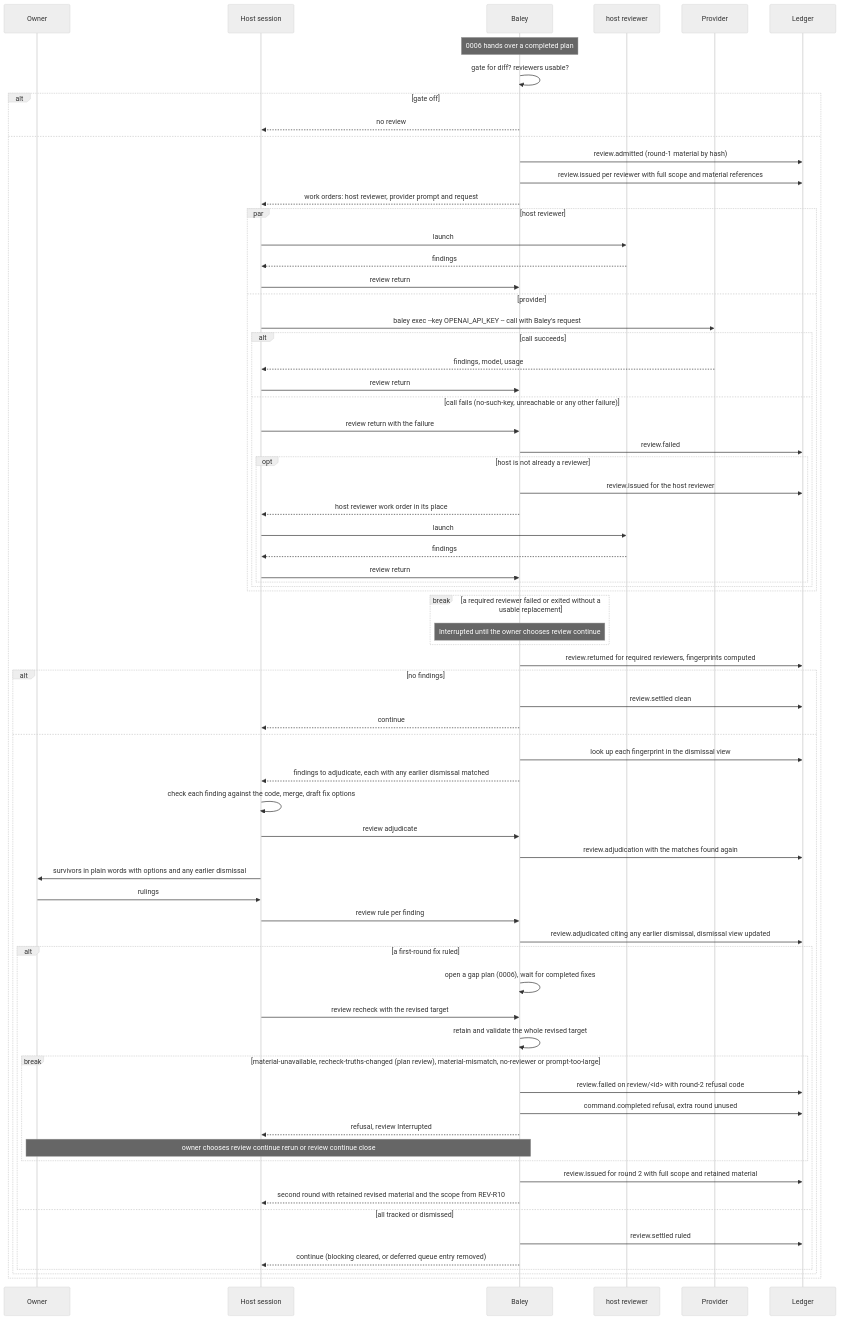
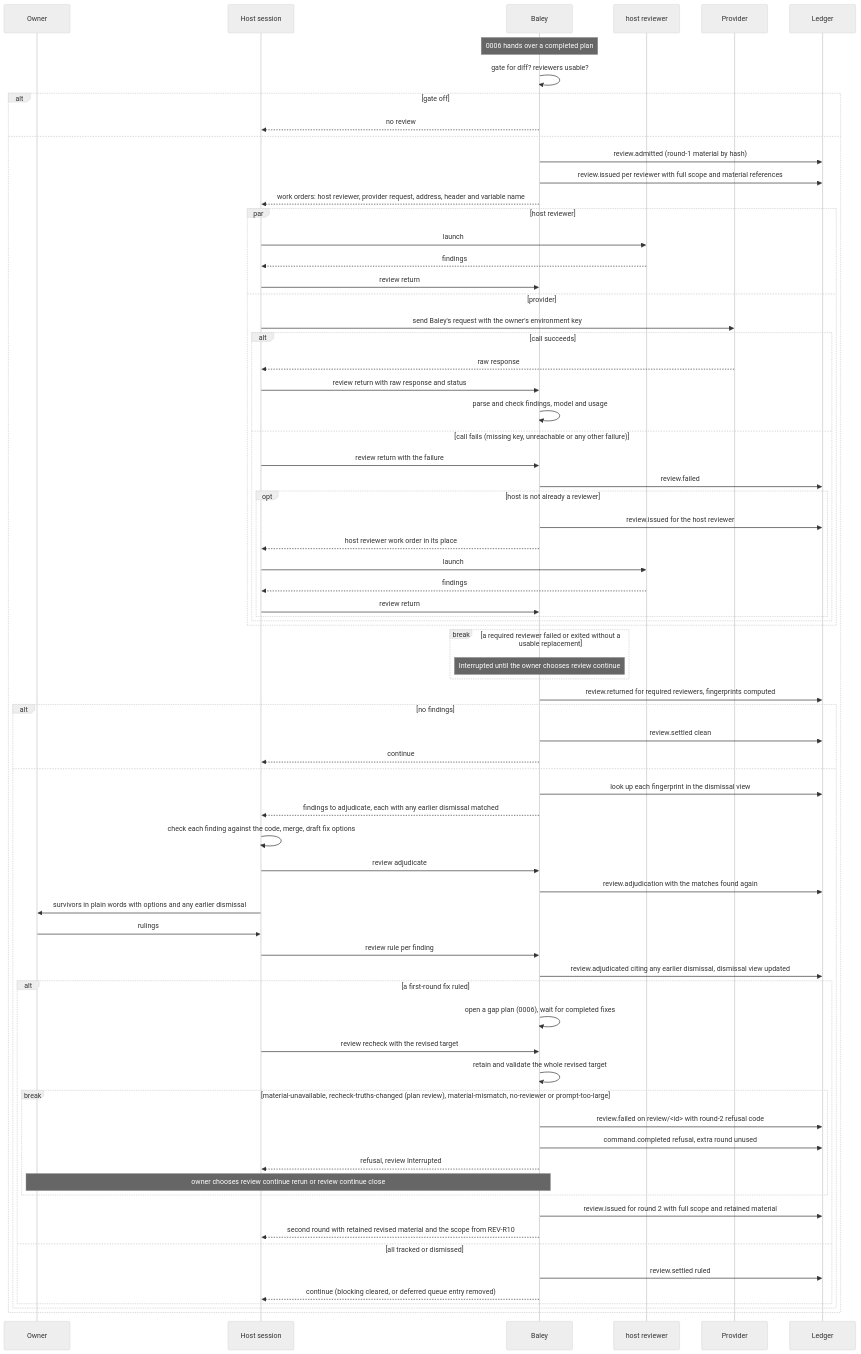
Before and after one commit to crenshawdev/baley: the fourth of 6 diagrams in docs/design/0008-review.md, drawn with Mermaid (neutral theme). The commit also changed other lines of this file and 3 other files, not shown here.

````diff
--- a/docs/design/0008-review.md
+++ b/docs/design/0008-review.md
@@ -287,73 +289,74 @@
 ```mermaid
 sequenceDiagram
   participant O as Owner
   participant H as Host session
   participant B as Baley
   participant R as host reviewer
   participant P as Provider
   participant L as Ledger
   Note over B: 0006 hands over a completed plan
   B->>B: gate for diff? reviewers usable?
   alt gate off
     B-->>H: no review
   else
     B->>L: review.admitted (round-1 material by hash)
     B->>L: review.issued per reviewer with full scope and material references
-    B-->>H: work orders: host reviewer, provider prompt and request
+    B-->>H: work orders: host reviewer, provider request, address, header and variable name
     par host reviewer
       H->>R: launch
       R-->>H: findings
       H->>B: review return
     and provider
-      H->>P: baley exec --key OPENAI_API_KEY -- call with Baley's request
+      H->>P: send Baley's request with the owner's environment key
       alt call succeeds
-        P-->>H: findings, model, usage
-        H->>B: review return
-      else call fails (no-such-key, unreachable or any other failure)
+        P-->>H: raw response
+        H->>B: review return with raw response and status
+        B->>B: parse and check findings, model and usage
+      else call fails (missing key, unreachable or any other failure)
         H->>B: review return with the failure
         B->>L: review.failed
         opt host is not already a reviewer
           B->>L: review.issued for the host reviewer
           B-->>H: host reviewer work order in its place
           H->>R: launch
           R-->>H: findings
           H->>B: review return
         end
       end
     end
     break a required reviewer failed or exited without a usable replacement
       Note over B: Interrupted until the owner chooses review continue
     end
     B->>L: review.returned for required reviewers, fingerprints computed
     alt no findings
       B->>L: review.settled clean
       B-->>H: continue
     else
       B->>L: look up each fingerprint in the dismissal view
       B-->>H: findings to adjudicate, each with any earlier dismissal matched
       H->>H: check each finding against the code, merge, draft fix options
       H->>B: review adjudicate
       B->>L: review.adjudication with the matches found again
       H->>O: survivors in plain words with options and any earlier dismissal
       O->>H: rulings
       H->>B: review rule per finding
       B->>L: review.adjudicated citing any earlier dismissal, dismissal view updated
       alt a first-round fix ruled
         B->>B: open a gap plan (0006), wait for completed fixes
         H->>B: review recheck with the revised target
         B->>B: retain and validate the whole revised target
         break material-unavailable, recheck-truths-changed (plan review), material-mismatch, no-reviewer or prompt-too-large
           B->>L: review.failed on review/<id> with round-2 refusal code
           B->>L: command.completed refusal, extra round unused
           B-->>H: refusal, review Interrupted
           Note over O,B: owner chooses review continue rerun or review continue close
         end
         B->>L: review.issued for round 2 with full scope and retained material
         B-->>H: second round with retained revised material and the scope from REV-R10
       else all tracked or dismissed
         B->>L: review.settled ruled
         B-->>H: continue (blocking cleared, or deferred queue entry removed)
       end
     end
   end
 ```
````
